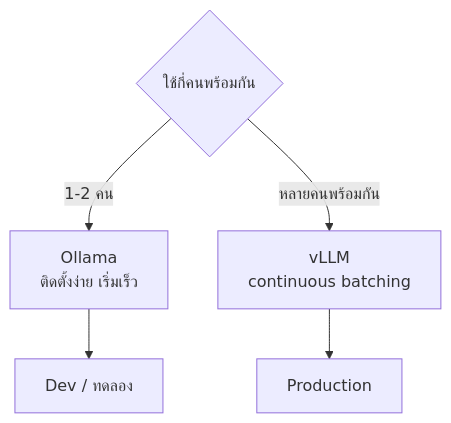
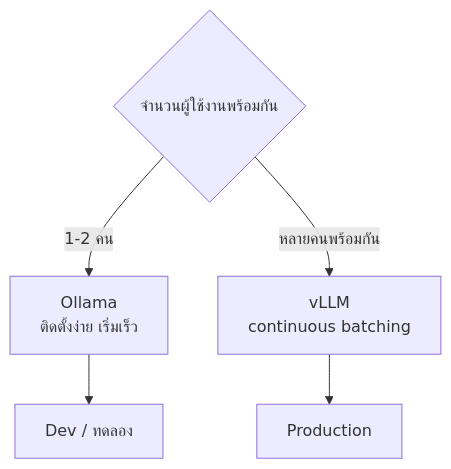
Before and after one commit to LLM-CE-KMITL/mcp-workshop: the first of 2 diagrams in INSTRUCTIONS/reference/local-llm-ollama-vllm.md, drawn with Mermaid. The commit also changed other lines of this file and 53 other files, not shown here.

````diff
--- a/INSTRUCTIONS/reference/local-llm-ollama-vllm.md
+++ b/INSTRUCTIONS/reference/local-llm-ollama-vllm.md
@@ -7,7 +7,7 @@
 ```mermaid
 flowchart TD
-    Q{"ใช้กี่คนพร้อมกัน"} -->|1-2 คน| O["Ollama<br/>ติดตั้งง่าย เริ่มเร็ว"]
+    Q{"จำนวนผู้ใช้งานพร้อมกัน"} -->|1-2 คน| O["Ollama<br/>ติดตั้งง่าย เริ่มเร็ว"]
     Q -->|"หลายคนพร้อมกัน"| V["vLLM<br/>continuous batching"]
     V --> P["Production"]
     O --> D["Dev / ทดลอง"]
 ```
````
